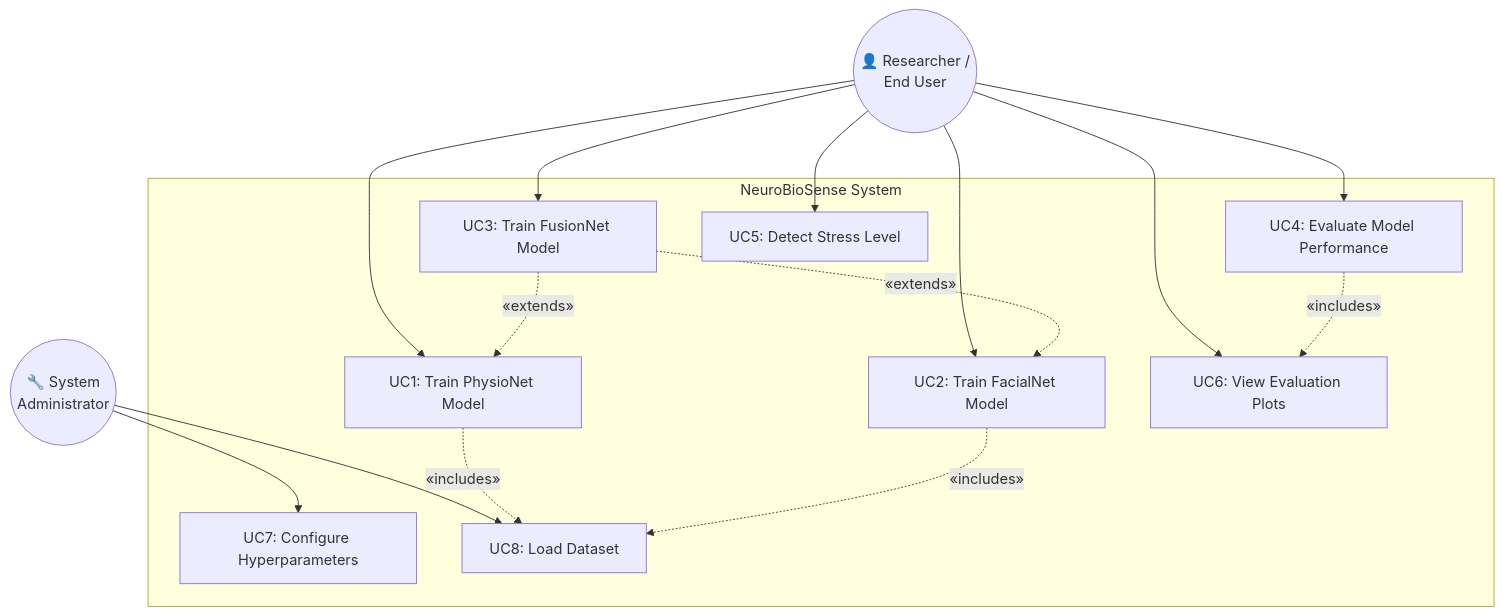
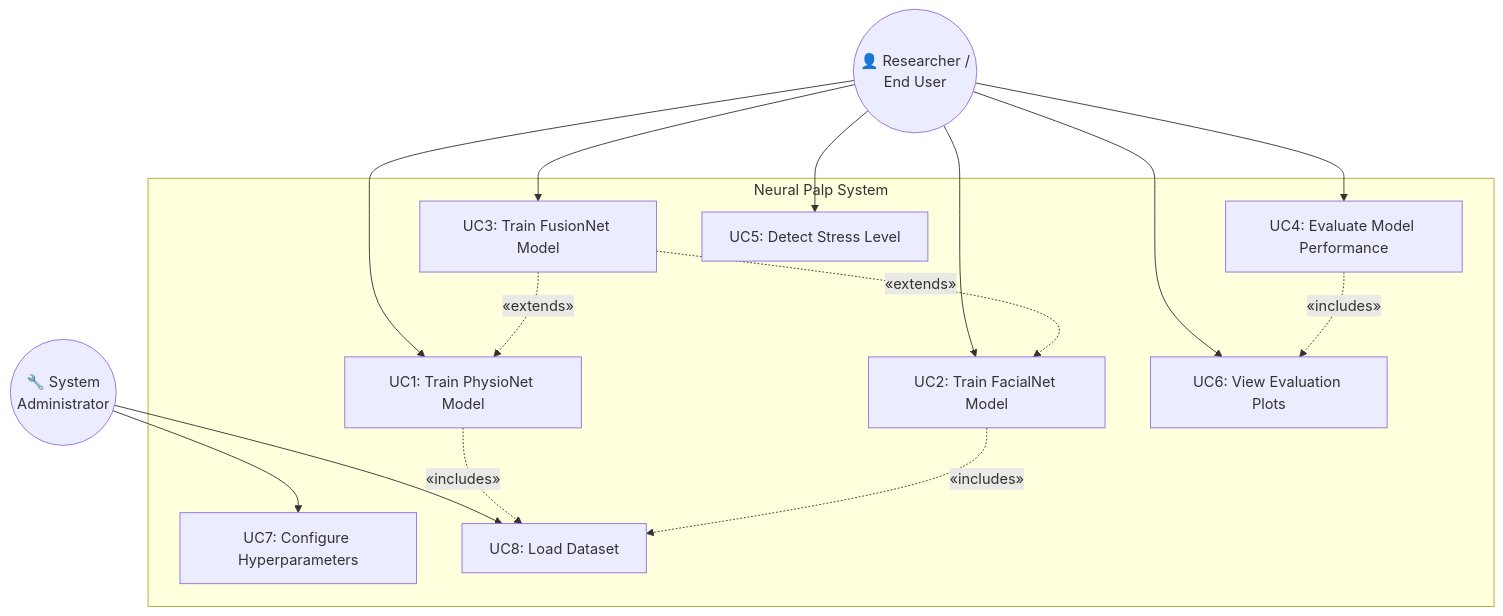
The third of 8 diagrams in project_diagrams.md (Yuvi-Sharma07/Capstone), drawn with Mermaid before and after one commit. The commit also changed other lines of this file and 2 other files, not shown here.

Commit message:
doc: rename project to Neural Palp and update wearable terminology

````diff
--- a/project_diagrams.md
+++ b/project_diagrams.md
@@ -106,31 +106,31 @@
 ```mermaid
 graph TB
     User(("👤 Researcher /<br/>End User"))
     Admin(("🔧 System<br/>Administrator"))
 
-    subgraph System["NeuroBioSense System"]
+    subgraph System["Neural Palp System"]
         UC1["UC1: Train PhysioNet Model"]
         UC2["UC2: Train FacialNet Model"]
         UC3["UC3: Train FusionNet Model"]
         UC4["UC4: Evaluate Model Performance"]
         UC5["UC5: Detect Stress Level"]
         UC6["UC6: View Evaluation Plots"]
         UC7["UC7: Configure Hyperparameters"]
         UC8["UC8: Load Dataset"]
     end
 
     User --> UC1
     User --> UC2
     User --> UC3
     User --> UC4
     User --> UC5
     User --> UC6
     Admin --> UC7
     Admin --> UC8
 
     UC3 -.->|"«extends»"| UC1
     UC3 -.->|"«extends»"| UC2
     UC4 -.->|"«includes»"| UC6
     UC1 -.->|"«includes»"| UC8
     UC2 -.->|"«includes»"| UC8
 ```
````
